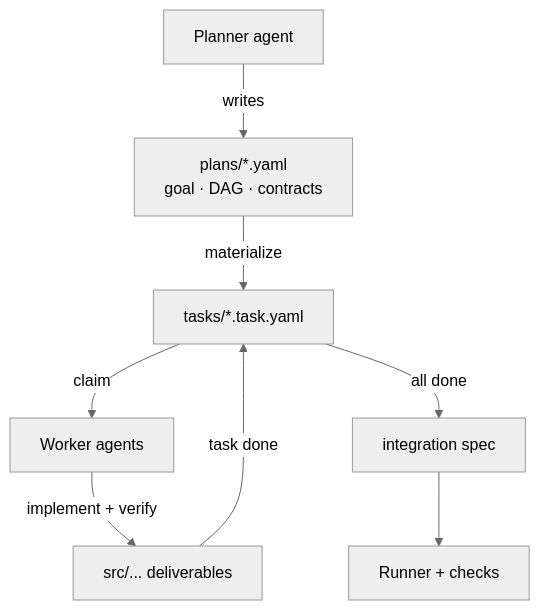
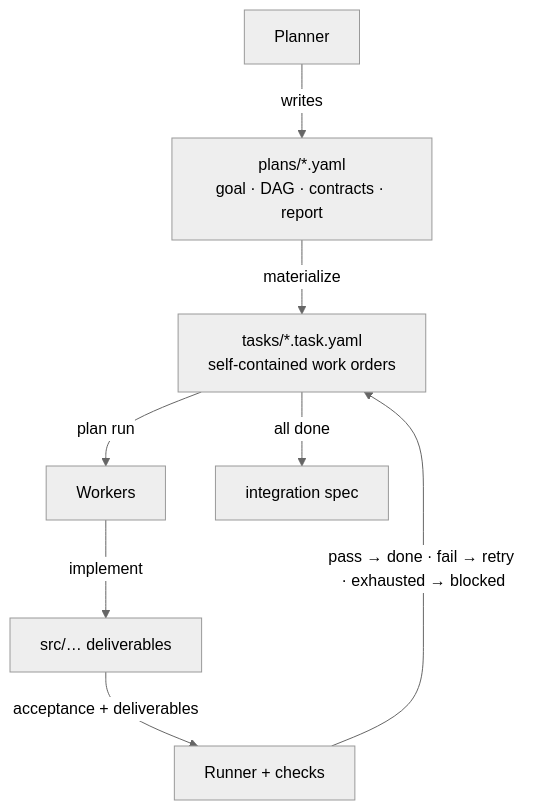
The second of 3 diagrams in README.md (teasol/harness-template), drawn with Mermaid (neutral theme) before and after one commit. The commit also changed other lines of this file, not shown here.

````diff
--- a/README.md
+++ b/README.md
@@ -291,10 +250,10 @@
 ```mermaid
 flowchart TD
-    P["Planner agent"] -->|"writes"| PL["plans/*.yaml<br/>goal · DAG · contracts"]
-    PL -->|"materialize"| T["tasks/*.task.yaml"]
-    T -->|"claim"| W["Worker agents"]
-    W -->|"implement + verify"| S["src/... deliverables"]
-    S -->|"task done"| T
+    P["Planner"] -->|"writes"| PL["plans/*.yaml<br/>goal · DAG · contracts · report"]
+    PL -->|"materialize"| T["tasks/*.task.yaml<br/>self-contained work orders"]
+    T -->|"plan run"| W["Workers"]
+    W -->|"implement"| S["src/… deliverables"]
+    S -->|"acceptance + deliverables"| H["Runner + checks"]
+    H -->|"pass → done · fail → retry · exhausted → blocked"| T
     T -->|"all done"| I["integration spec"]
-    I --> H["Runner + checks"]
 ```
````
